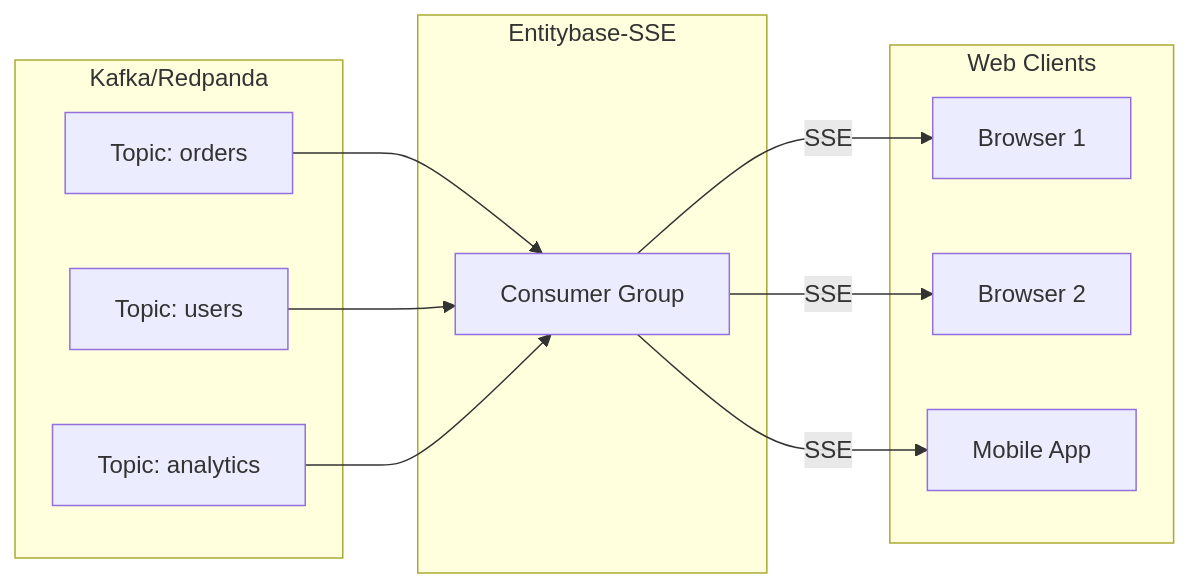
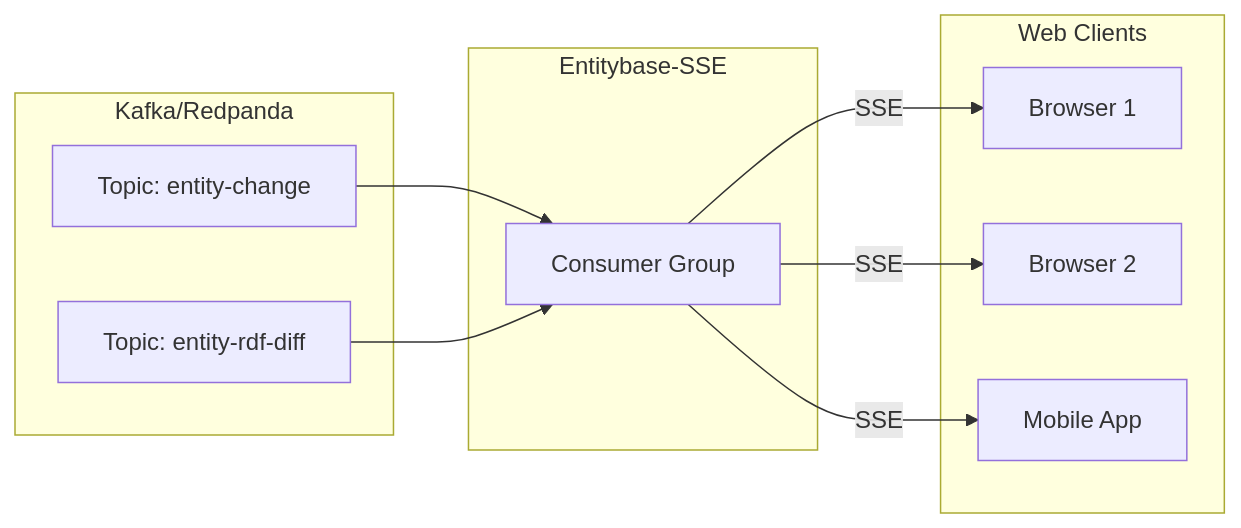
The diagram in README.md (dpriskorn/entitybase-sse), drawn with Mermaid before and after one commit.

Commit message:
Use entitybase topic examples in flowchart

````diff
--- a/README.md
+++ b/README.md
@@ -14,26 +14,24 @@
 ```mermaid
 flowchart LR
     subgraph "Kafka/Redpanda"
-        A[Topic: orders]
-        B[Topic: users]
-        C[Topic: analytics]
+        A[Topic: entity-change]
+        B[Topic: entity-rdf-diff]
     end
     
     subgraph "Entitybase-SSE"
         D[Consumer Group]
     end
     
     subgraph "Web Clients"
         E[Browser 1]
         F[Browser 2]
         G[Mobile App]
     end
     
     A --> D
     B --> D
-    C --> D
     
     D -->|SSE| E
     D -->|SSE| F
     D -->|SSE| G
 ```
````
